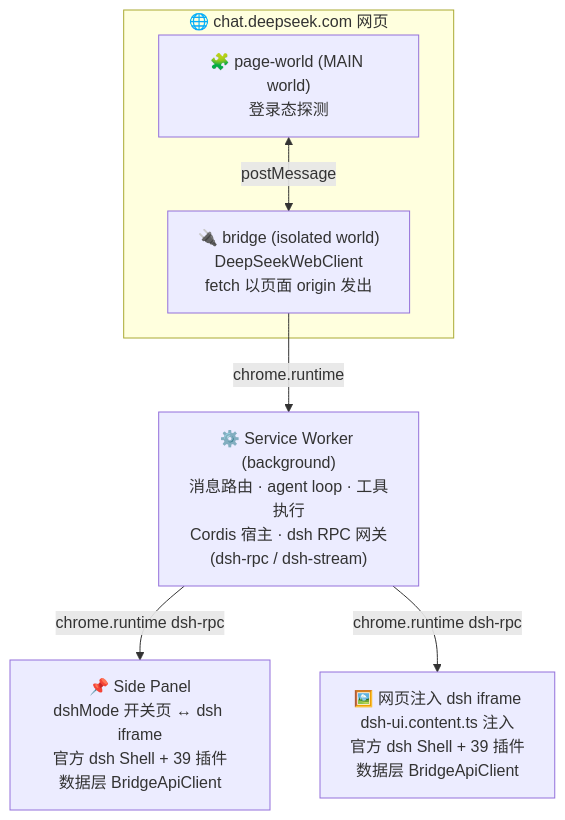
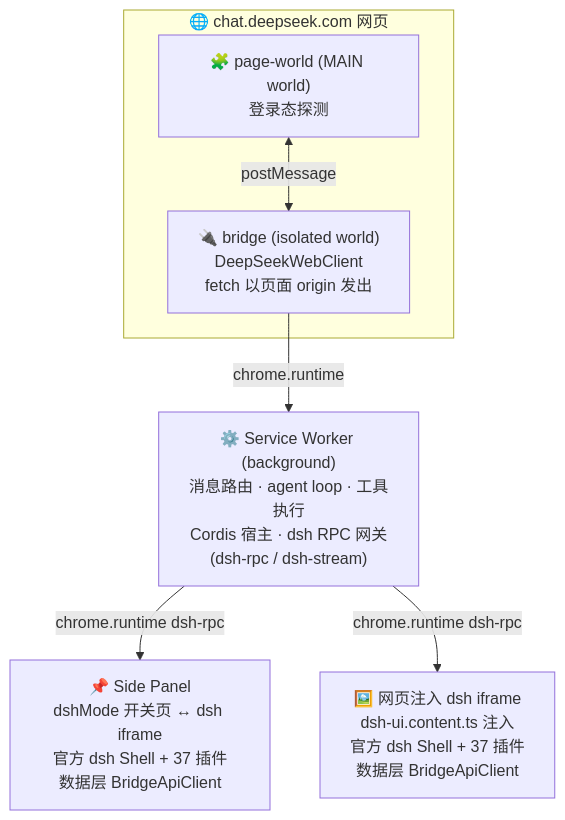
The diagram in README.md (oneinitAI/dsh-in-web), drawn with Mermaid before and after one commit. The commit also changed other lines of this file and 1 other file, not shown here.

Commit message:
docs: split README into zh/en editions; document web-proxy architecture drawbacks

````diff
--- a/README.md
+++ b/README.md
@@ -49,14 +59,14 @@
 ```mermaid
 flowchart TD
     subgraph PAGE["🌐 chat.deepseek.com 网页"]
         PW["🧩 page-world (MAIN world)<br/>登录态探测"]
         BR["🔌 bridge (isolated world)<br/>DeepSeekWebClient<br/>fetch 以页面 origin 发出"]
         PW <-->|"postMessage"| BR
     end
 
     BR -->|"chrome.runtime"| SW["⚙️ Service Worker (background)<br/>消息路由 · agent loop · 工具执行<br/>Cordis 宿主 · dsh RPC 网关<br/>(dsh-rpc / dsh-stream)"]
 
-    SW -->|"chrome.runtime dsh-rpc"| SP["📌 Side Panel<br/>dshMode 开关页 ↔ dsh iframe<br/>官方 dsh Shell + 39 插件<br/>数据层 BridgeApiClient"]
+    SW -->|"chrome.runtime dsh-rpc"| SP["📌 Side Panel<br/>dshMode 开关页 ↔ dsh iframe<br/>官方 dsh Shell + 37 插件<br/>数据层 BridgeApiClient"]
 
-    SW -->|"chrome.runtime dsh-rpc"| INJ["🖼️ 网页注入 dsh iframe<br/>dsh-ui.content.ts 注入<br/>官方 dsh Shell + 39 插件<br/>数据层 BridgeApiClient"]
+    SW -->|"chrome.runtime dsh-rpc"| INJ["🖼️ 网页注入 dsh iframe<br/>dsh-ui.content.ts 注入<br/>官方 dsh Shell + 37 插件<br/>数据层 BridgeApiClient"]
 ```
````
